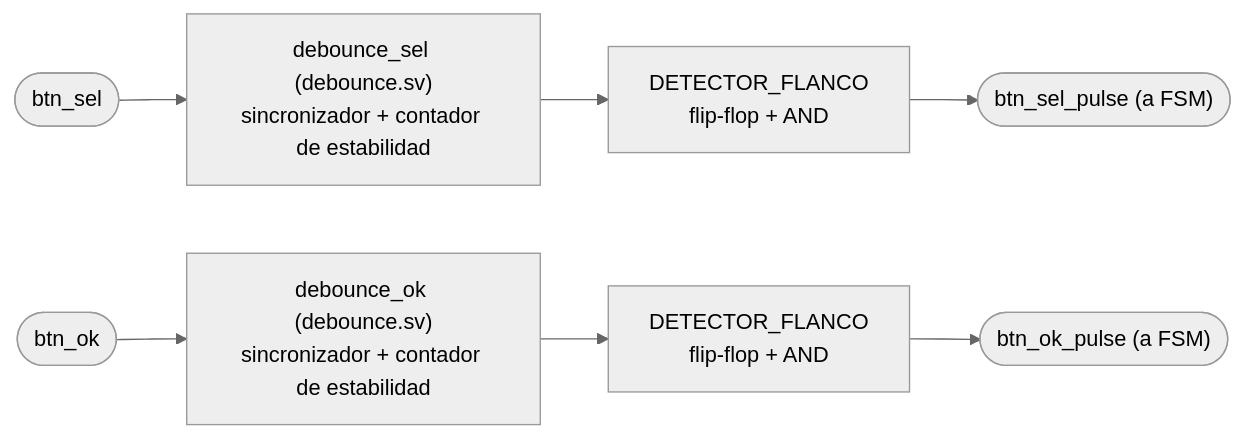
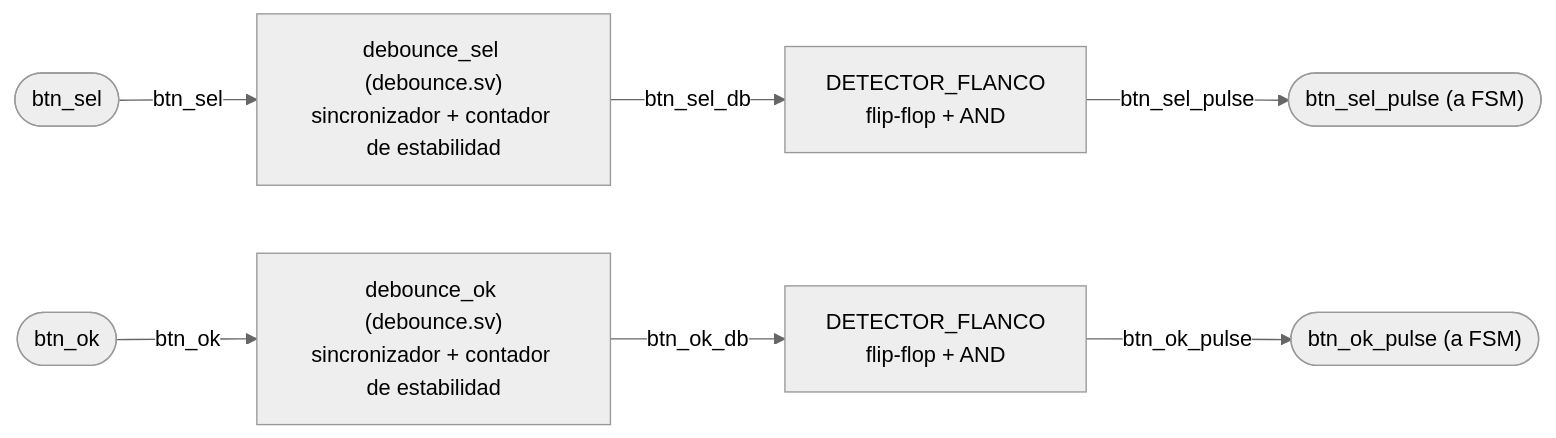
One commit to Taller-de-diseno-digital-GR01/Proyecto-2-Ahorcado changed the first of 2 diagrams in docs/diseño/modulos/M09_Botones.md. Above: the diagram before and after it, drawn with Mermaid (neutral theme). The commit also changed 10 other files, not shown here.

````diff
--- a/docs/diseño/modulos/M09_Botones.md
+++ b/docs/diseño/modulos/M09_Botones.md
@@ -8,9 +8,9 @@
 ```mermaid
 flowchart LR
-    IN_SEL(["btn_sel"]) --> DEB1["debounce_sel (debounce.sv)<br/>sincronizador + contador de estabilidad"]
-    DEB1 --> EDGE1["DETECTOR_FLANCO<br/>flip-flop + AND"]
-    EDGE1 --> OUT_SEL(["btn_sel_pulse (a FSM)"])
-    IN_OK(["btn_ok"]) --> DEB2["debounce_ok (debounce.sv)<br/>sincronizador + contador de estabilidad"]
-    DEB2 --> EDGE2["DETECTOR_FLANCO<br/>flip-flop + AND"]
-    EDGE2 --> OUT_OK(["btn_ok_pulse (a FSM)"])
+    IN_SEL(["btn_sel"]) -->|btn_sel| DEB1["debounce_sel (debounce.sv)<br/>sincronizador + contador de estabilidad"]
+    DEB1 -->|btn_sel_db| EDGE1["DETECTOR_FLANCO<br/>flip-flop + AND"]
+    EDGE1 -->|btn_sel_pulse| OUT_SEL(["btn_sel_pulse (a FSM)"])
+    IN_OK(["btn_ok"]) -->|btn_ok| DEB2["debounce_ok (debounce.sv)<br/>sincronizador + contador de estabilidad"]
+    DEB2 -->|btn_ok_db| EDGE2["DETECTOR_FLANCO<br/>flip-flop + AND"]
+    EDGE2 -->|btn_ok_pulse| OUT_OK(["btn_ok_pulse (a FSM)"])
 ```
````
